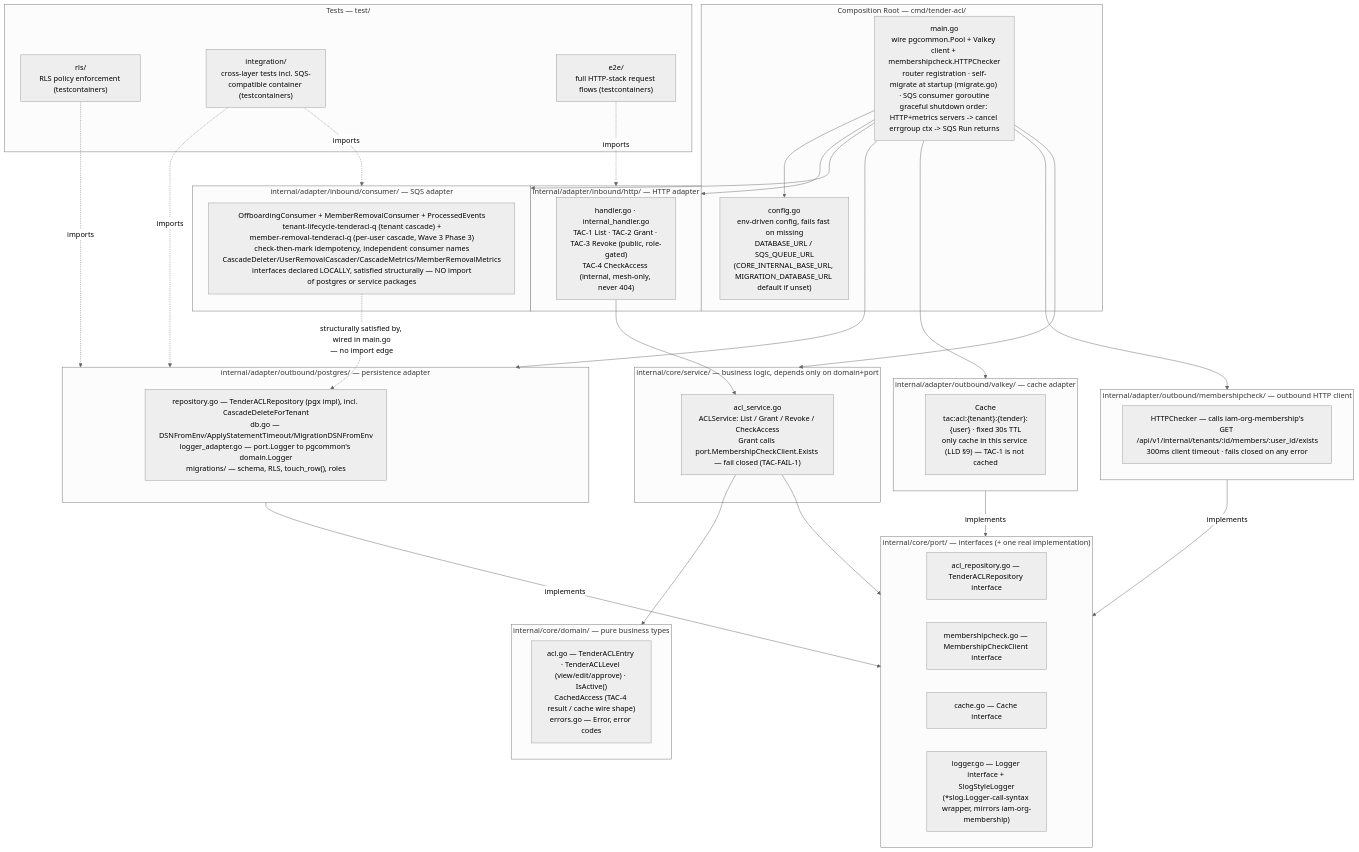
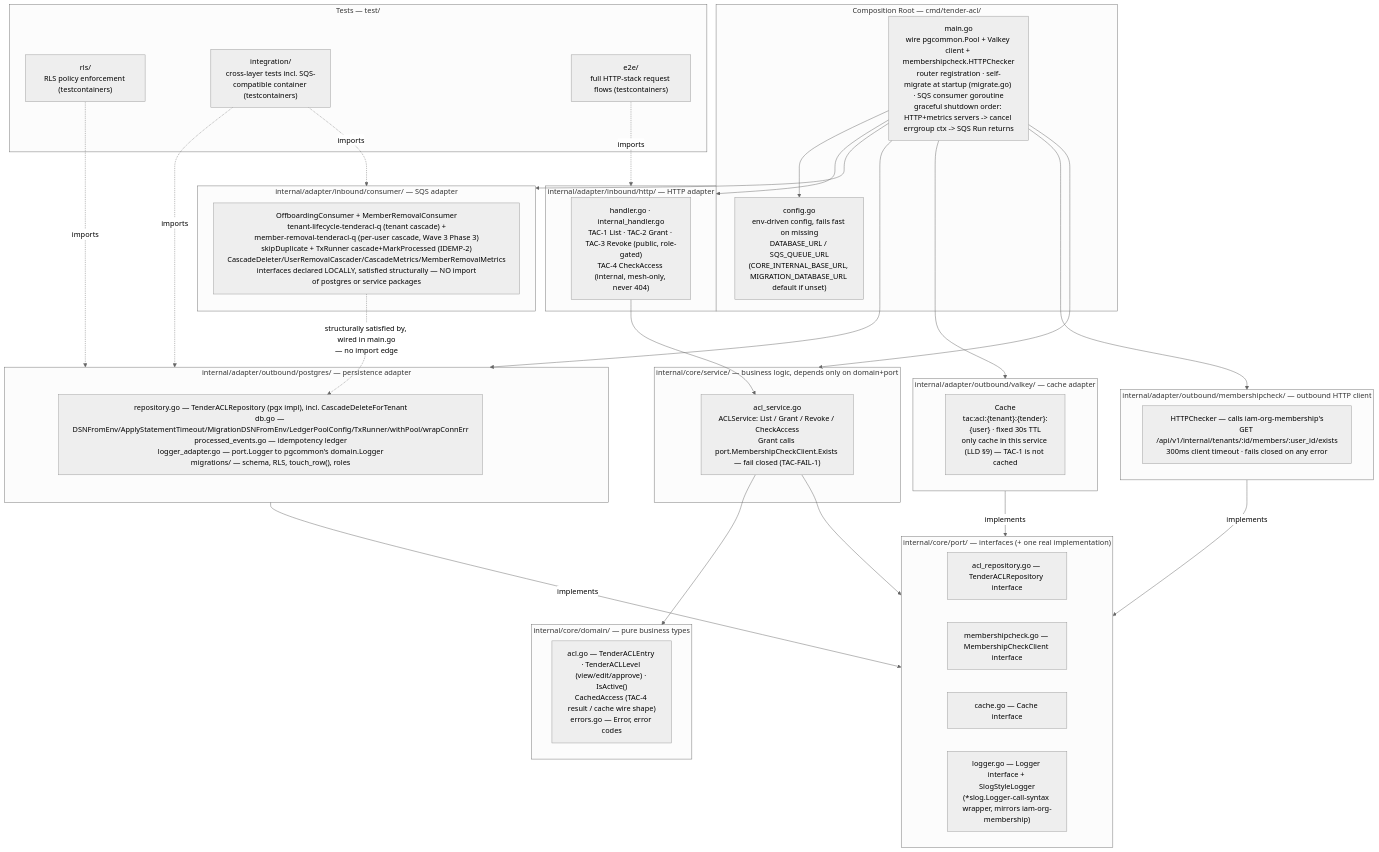
One commit to BCBP-SOLUTIONS-FZC-LLC/iam-tender-acl changed the first of 7 diagrams in ARCHITECTURE.md. Above: the diagram before and after it, drawn with Mermaid (neutral theme). The commit also changed other lines of this file and 82 other files, not shown here.

````diff
--- a/ARCHITECTURE.md
+++ b/ARCHITECTURE.md
@@ -29,71 +29,71 @@
 ```mermaid
 graph TD
     subgraph cmd["Composition Root  —  cmd/tender-acl/"]
         main["main.go\nwire pgcommon.Pool + Valkey client + membershipcheck.HTTPChecker\nrouter registration · self-migrate at startup (migrate.go) · SQS consumer goroutine\ngraceful shutdown order: HTTP+metrics servers -> cancel errgroup ctx -> SQS Run returns"]
         config["config.go\nenv-driven config, fails fast on missing\nDATABASE_URL / SQS_QUEUE_URL\n(CORE_INTERNAL_BASE_URL, MIGRATION_DATABASE_URL default if unset)"]
     end
 
     subgraph domainpkg["internal/core/domain/  —  pure business types"]
         domain["acl.go — TenderACLEntry · TenderACLLevel (view/edit/approve) · IsActive()\nCachedAccess (TAC-4 result / cache wire shape)\nerrors.go — Error, error codes"]
     end
 
     subgraph portpkg["internal/core/port/  —  interfaces (+ one real implementation)"]
         repoiface["acl_repository.go — TenderACLRepository interface"]
         mciface["membershipcheck.go — MembershipCheckClient interface"]
         cacheiface["cache.go — Cache interface"]
         loggeriface["logger.go — Logger interface + SlogStyleLogger\n(*slog.Logger-call-syntax wrapper, mirrors iam-org-membership)"]
     end
 
     subgraph servicepkg["internal/core/service/  —  business logic, depends only on domain+port"]
         aclsvc["acl_service.go\nACLService: List / Grant / Revoke / CheckAccess\nGrant calls port.MembershipCheckClient.Exists — fail closed (TAC-FAIL-1)"]
     end
 
     subgraph httpadapter["internal/adapter/inbound/http/  —  HTTP adapter"]
         handler["handler.go · internal_handler.go\nTAC-1 List · TAC-2 Grant · TAC-3 Revoke (public, role-gated)\nTAC-4 CheckAccess (internal, mesh-only, never 404)"]
     end
 
     subgraph consumeradapter["internal/adapter/inbound/consumer/  —  SQS adapter"]
-        consumerimpl["OffboardingConsumer + MemberRemovalConsumer + ProcessedEvents\ntenant-lifecycle-tenderacl-q (tenant cascade) +\nmember-removal-tenderacl-q (per-user cascade, Wave 3 Phase 3)\ncheck-then-mark idempotency, independent consumer names\nCascadeDeleter/UserRemovalCascader/CascadeMetrics/MemberRemovalMetrics\ninterfaces declared LOCALLY, satisfied structurally — NO import\nof postgres or service packages"]
+        consumerimpl["OffboardingConsumer + MemberRemovalConsumer\ntenant-lifecycle-tenderacl-q (tenant cascade) +\nmember-removal-tenderacl-q (per-user cascade, Wave 3 Phase 3)\nskipDuplicate + TxRunner cascade+MarkProcessed (IDEMP-2)\nCascadeDeleter/UserRemovalCascader/CascadeMetrics/MemberRemovalMetrics\ninterfaces declared LOCALLY, satisfied structurally — NO import\nof postgres or service packages"]
     end
 
     subgraph pgadapter["internal/adapter/outbound/postgres/  —  persistence adapter"]
-        repo["repository.go — TenderACLRepository (pgx impl), incl. CascadeDeleteForTenant\ndb.go — DSNFromEnv/ApplyStatementTimeout/MigrationDSNFromEnv\nlogger_adapter.go — port.Logger to pgcommon's domain.Logger\nmigrations/ — schema, RLS, touch_row(), roles"]
+        repo["repository.go — TenderACLRepository (pgx impl), incl. CascadeDeleteForTenant\ndb.go — DSNFromEnv/ApplyStatementTimeout/MigrationDSNFromEnv/LedgerPoolConfig/TxRunner/withPool/wrapConnErr\nprocessed_events.go — idempotency ledger\nlogger_adapter.go — port.Logger to pgcommon's domain.Logger\nmigrations/ — schema, RLS, touch_row(), roles"]
     end
 
     subgraph valkeyadapter["internal/adapter/outbound/valkey/  —  cache adapter"]
         cacheimpl["Cache\ntac:acl:{tenant}:{tender}:{user} · fixed 30s TTL\nonly cache in this service (LLD §9) — TAC-1 is not cached"]
     end
 
     subgraph mcadapter["internal/adapter/outbound/membershipcheck/  —  outbound HTTP client"]
         mc_http["HTTPChecker — calls iam-org-membership's\nGET /api/v1/internal/tenants/:id/members/:user_id/exists\n300ms client timeout · fails closed on any error"]
     end
 
     subgraph tests["Tests  —  test/"]
         rls["rls/\nRLS policy enforcement (testcontainers)"]
         integration["integration/\ncross-layer tests incl. SQS-compatible container (testcontainers)"]
         e2e["e2e/\nfull HTTP-stack request flows (testcontainers)"]
     end
 
     main   --> httpadapter
     main   --> consumeradapter
     main   --> pgadapter
     main   --> valkeyadapter
     main   --> mcadapter
     main   --> servicepkg
     main   --> config
 
     handler --> aclsvc
     aclsvc  --> domainpkg
     aclsvc  --> portpkg
 
     pgadapter     -->|"implements"| portpkg
     valkeyadapter -->|"implements"| portpkg
     mcadapter     -->|"implements"| portpkg
 
     consumerimpl -.->|"structurally satisfied by, wired in main.go\n— no import edge"| repo
 
     rls         -.->|"imports"| pgadapter
     integration -.->|"imports"| pgadapter
     integration -.->|"imports"| consumeradapter
     e2e         -.->|"imports"| httpadapter
 ```
````
